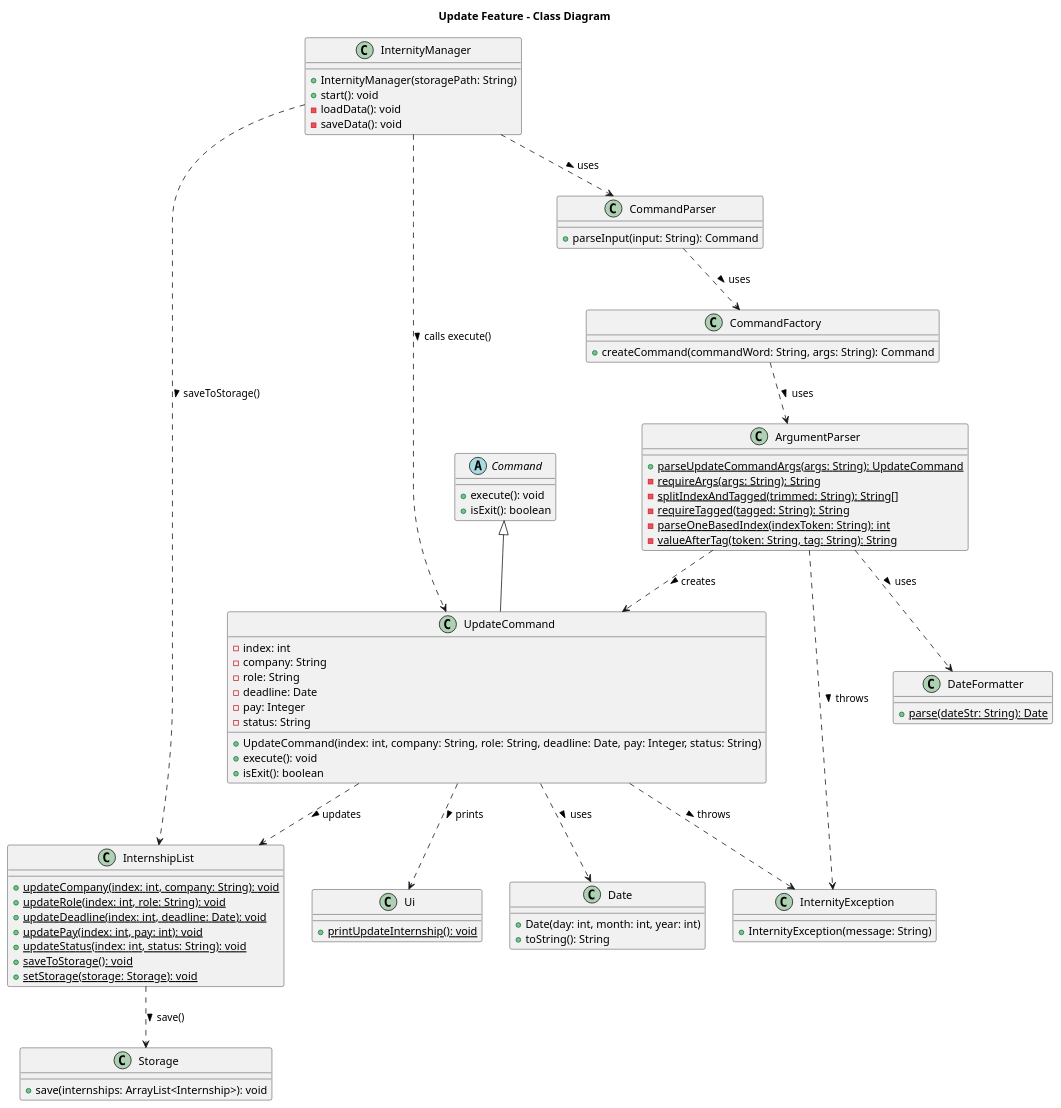
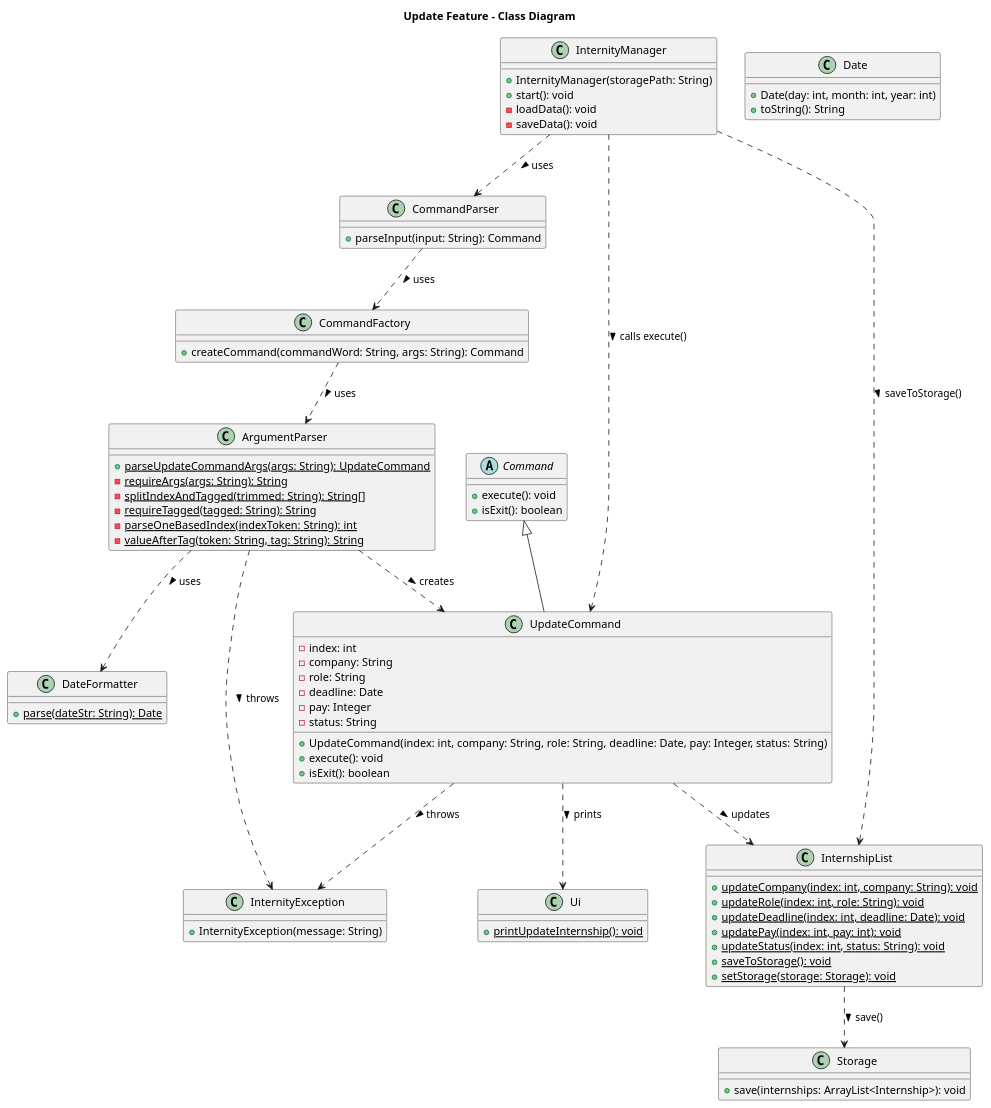
The diagram in docs/diagrams/UpdateCommandCD.puml (AY2526S1-CS2113-W14-4/tp), drawn with PlantUML before and after one commit. The commit also changed 5 other files, not shown here.

Commit message:
Fix diagrams

```diff
--- a/docs/diagrams/UpdateCommandCD.puml
+++ b/docs/diagrams/UpdateCommandCD.puml
@@ -1,95 +1,95 @@
 @startuml UpdateFeatureCD
 title Update Feature - Class Diagram
 
 class InternityManager {
   + InternityManager(storagePath: String)
   + start(): void
   - loadData(): void
   - saveData(): void
 }
 
 class CommandParser {
   + parseInput(input: String): Command
 }
 
 class CommandFactory {
   + createCommand(commandWord: String, args: String): Command
 }
 
 abstract class Command {
   + execute(): void
   + isExit(): boolean
 }
 
 class ArgumentParser {
   + {static} parseUpdateCommandArgs(args: String): UpdateCommand
   - {static} requireArgs(args: String): String
   - {static} splitIndexAndTagged(trimmed: String): String[]
   - {static} requireTagged(tagged: String): String
   - {static} parseOneBasedIndex(indexToken: String): int
   - {static} valueAfterTag(token: String, tag: String): String
 }
 
 class UpdateCommand {
   - index: int
   - company: String
   - role: String
   - deadline: Date
   - pay: Integer
   - status: String
   __
   + UpdateCommand(index: int, company: String, role: String, deadline: Date, pay: Integer, status: String)
   + execute(): void
   + isExit(): boolean
 }
 
 class InternshipList {
   + {static} updateCompany(index: int, company: String): void
   + {static} updateRole(index: int, role: String): void
   + {static} updateDeadline(index: int, deadline: Date): void
   + {static} updatePay(index: int, pay: int): void
   + {static} updateStatus(index: int, status: String): void
   + {static} saveToStorage(): void
   + {static} setStorage(storage: Storage): void
 }
 
 class Storage {
   + save(internships: ArrayList<Internship>): void
 }
 
 class Ui {
   + {static} printUpdateInternship(): void
 }
 
 class Date {
   + Date(day: int, month: int, year: int)
   + toString(): String
 }
 
 class DateFormatter {
   + {static} parse(dateStr: String): Date
 }
 
 class InternityException {
   + InternityException(message: String)
 }
 
 Command <|-- UpdateCommand
 
 InternityManager ..> CommandParser : uses >
 CommandParser ..> CommandFactory : uses >
 CommandFactory ..> ArgumentParser : uses >
 ArgumentParser ..> UpdateCommand : creates >
 ArgumentParser ..> DateFormatter : uses >
 ArgumentParser ..> InternityException : throws >
 
 InternityManager ..> UpdateCommand : calls execute() >
 UpdateCommand ..> InternshipList : updates >
 UpdateCommand ..> Ui : prints >
 UpdateCommand ..> InternityException : throws >
-UpdateCommand ..> Date : uses >
+
 
 InternityManager ..> InternshipList : saveToStorage() >
 InternshipList ..> Storage : save() >
 
 @enduml
```
